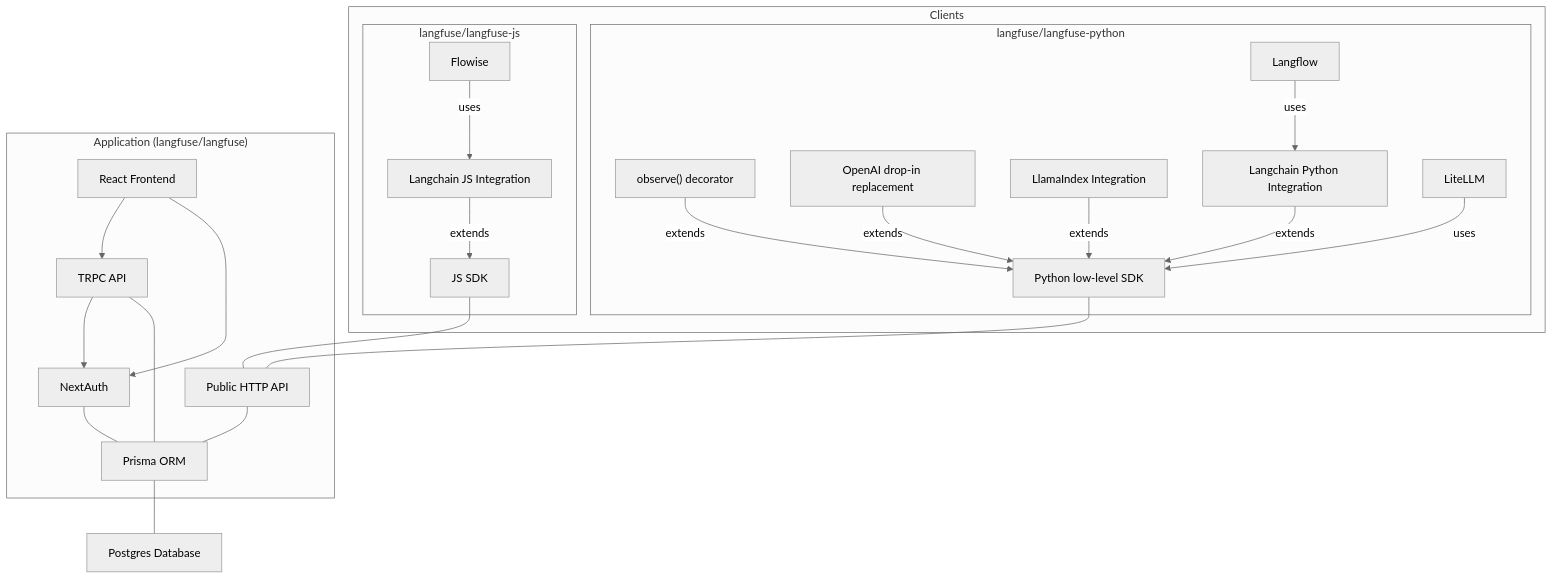
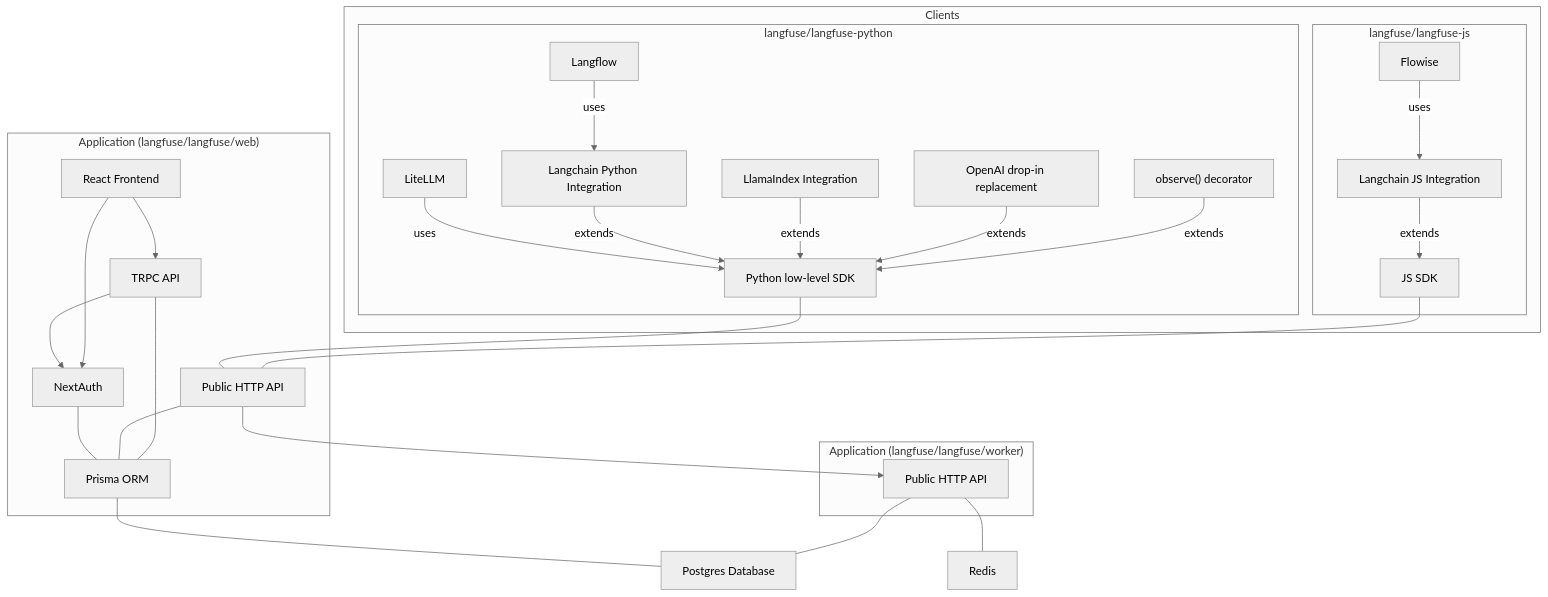
The first of 2 diagrams in CONTRIBUTING.md (MohsinCreed/LangfuseOllama), drawn with Mermaid (neutral theme) before and after one commit. The commit also changed other lines of this file, not shown here.

Commit message:
docs: update chart in contributing (#1901)

````diff
--- a/CONTRIBUTING.md
+++ b/CONTRIBUTING.md
@@ -56,37 +58,48 @@
 ```mermaid
 flowchart TB
-   subgraph s4["Clients"]
-      subgraph s2["langfuse/langfuse-python"]
-         Python["Python low-level SDK"]
-         Decorator["observe() decorator"] -->|extends| Python
-         OAI["OpenAI drop-in replacement"] -->|extends| Python
-         Llamaindex["LlamaIndex Integration"] -->|extends| Python
-         LCPYTHON["Langchain Python Integration"] -->|extends| Python
-         Langflow -->|uses| LCPYTHON
-         LiteLLM -->|uses| Python
-      end
-      subgraph s3["langfuse/langfuse-js"]
-         JS["JS SDK"]
-         LCJS["Langchain JS Integration"]  -->|extends| JS
-         Flowise -->|uses| LCJS
-      end
-   end
+    subgraph s4["Clients"]
+        subgraph s2["langfuse/langfuse-python"]
+            Python["Python low-level SDK"]
+            Decorator["observe() decorator"] -->|extends| Python
+            OAI["OpenAI drop-in replacement"] -->|extends| Python
+            Llamaindex["LlamaIndex Integration"] -->|extends| Python
+            LCPYTHON["Langchain Python Integration"] -->|extends| Python
+            Langflow -->|uses| LCPYTHON
+            LiteLLM -->|uses| Python
+        end
+        subgraph s3["langfuse/langfuse-js"]
+            JS["JS SDK"]
+            LCJS["Langchain JS Integration"]  -->|extends| JS
+            Flowise -->|uses| LCJS
+        end
+    end
 
-   DB[Postgres Database]
-	subgraph s1["Application (langfuse/langfuse)"]
-      API[Public HTTP API]
-      G[TRPC API]
-      I[NextAuth]
-      H[React Frontend]
-      Prisma[Prisma ORM]
-      H --> G
-      H --> I
-      G --> I
-      G --- Prisma
-      API --- Prisma
-      I --- Prisma
-	end
-   Prisma --- DB
-   JS --- API
-   Python --- API
+    DB[Postgres Database]
+    Redis[Redis]
+
+    subgraph s1["Application (langfuse/langfuse/web)"]
+        API[Public HTTP API]
+        G[TRPC API]
+        I[NextAuth]
+        H[React Frontend]
+        Prisma[Prisma ORM]
+        H --> G
+        H --> I
+        G --> I
+        G --- Prisma
+        API --- Prisma
+        I --- Prisma
+    end
+
+    subgraph s5["Application (langfuse/langfuse/worker)"]
+        Worker_API[Public HTTP API]
+    end
+
+    API --> Worker_API
+    Worker_API --- DB
+    Worker_API --- Redis
+
+    Prisma --- DB
+    JS --- API
+    Python --- API
 ```
````
